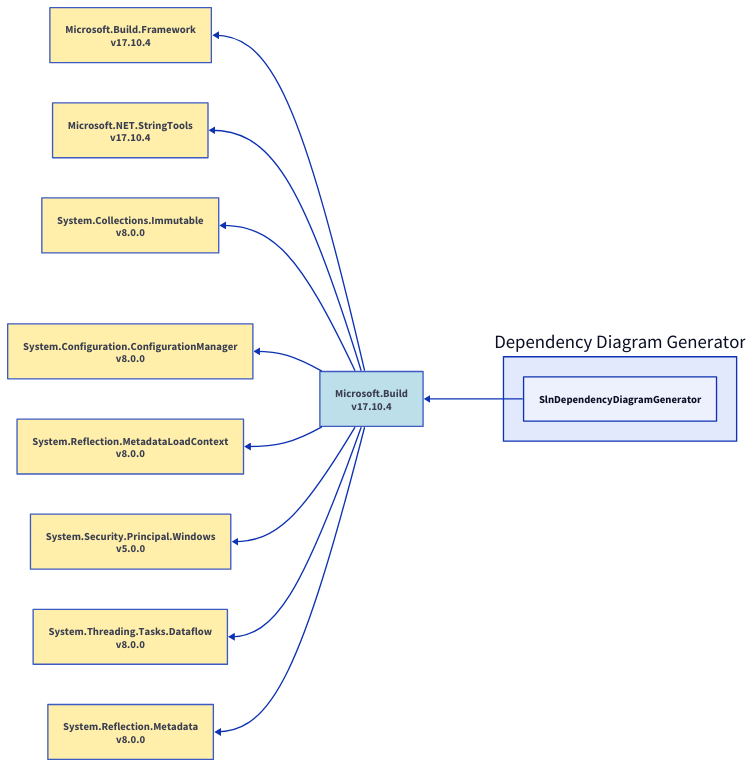
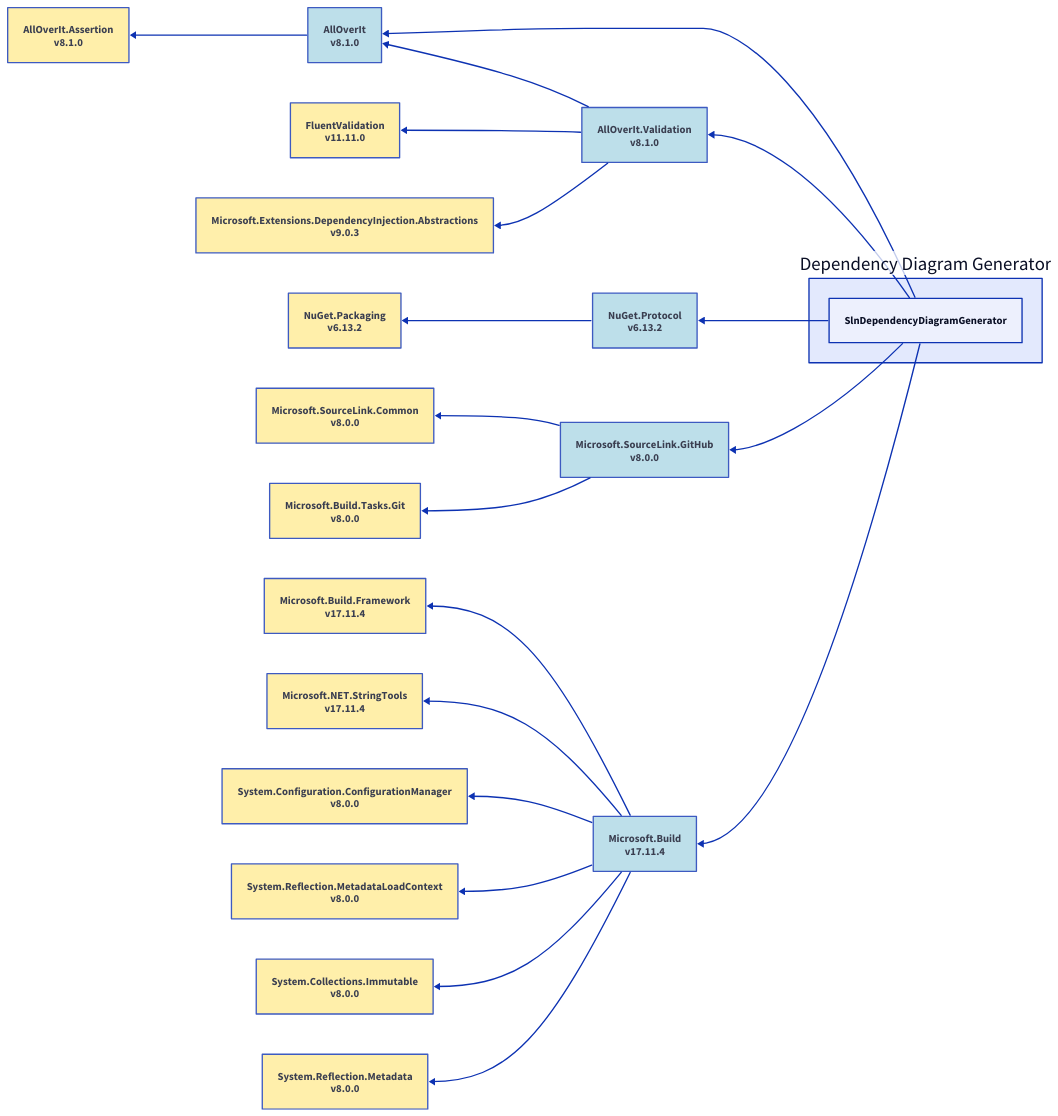
The diagram in Sample/Output/net8.0/slndependencydiagramgenerator.d2 (mjfreelancing/SlnDependencyDiagramGenerator), drawn with D2 before and after one commit. The commit also changed 35 other files, not shown here.

```diff
--- a/Sample/Output/net8.0/slndependencydiagramgenerator.d2
+++ b/Sample/Output/net8.0/slndependencydiagramgenerator.d2
@@ -1,40 +1,73 @@
 direction: left
 
 ddg: Dependency Diagram Generator
 ddg.slndependencydiagramgenerator: SlnDependencyDiagramGenerator
-microsoft-build_17-10-4: Microsoft.Build\nv17.10.4
-microsoft-build_17-10-4.style.fill: "#ADD8E6"
-microsoft-build_17-10-4.style.opacity: 0.8
-microsoft-build-framework_17-10-4: Microsoft.Build.Framework\nv17.10.4
-microsoft-build-framework_17-10-4.style.fill: "#FFEC96"
-microsoft-build-framework_17-10-4.style.opacity: 0.8
-microsoft-build-framework_17-10-4 <- microsoft-build_17-10-4
-microsoft-net-stringtools_17-10-4: Microsoft.NET.StringTools\nv17.10.4
-microsoft-net-stringtools_17-10-4.style.fill: "#FFEC96"
-microsoft-net-stringtools_17-10-4.style.opacity: 0.8
-microsoft-net-stringtools_17-10-4 <- microsoft-build_17-10-4
+alloverit_8-1-0: AllOverIt\nv8.1.0
+alloverit_8-1-0.style.fill: "#ADD8E6"
+alloverit_8-1-0.style.opacity: 0.8
+alloverit-assertion_8-1-0: AllOverIt.Assertion\nv8.1.0
+alloverit-assertion_8-1-0.style.fill: "#FFEC96"
+alloverit-assertion_8-1-0.style.opacity: 0.8
+alloverit-assertion_8-1-0 <- alloverit_8-1-0
+alloverit_8-1-0 <- ddg.slndependencydiagramgenerator
+alloverit-validation_8-1-0: AllOverIt.Validation\nv8.1.0
+alloverit-validation_8-1-0.style.fill: "#ADD8E6"
+alloverit-validation_8-1-0.style.opacity: 0.8
+alloverit_8-1-0 <- alloverit-validation_8-1-0
+fluentvalidation_11-11-0: FluentValidation\nv11.11.0
+fluentvalidation_11-11-0.style.fill: "#FFEC96"
+fluentvalidation_11-11-0.style.opacity: 0.8
+fluentvalidation_11-11-0 <- alloverit-validation_8-1-0
+microsoft-extensions-dependencyinjection-abstractions_9-0-3: Microsoft.Extensions.DependencyInjection.Abstractions\nv9.0.3
+microsoft-extensions-dependencyinjection-abstractions_9-0-3.style.fill: "#FFEC96"
+microsoft-extensions-dependencyinjection-abstractions_9-0-3.style.opacity: 0.8
+microsoft-extensions-dependencyinjection-abstractions_9-0-3 <- alloverit-validation_8-1-0
+alloverit-validation_8-1-0 <- ddg.slndependencydiagramgenerator
+nuget-protocol_6-13-2: NuGet.Protocol\nv6.13.2
+nuget-protocol_6-13-2.style.fill: "#ADD8E6"
+nuget-protocol_6-13-2.style.opacity: 0.8
+nuget-packaging_6-13-2: NuGet.Packaging\nv6.13.2
+nuget-packaging_6-13-2.style.fill: "#FFEC96"
+nuget-packaging_6-13-2.style.opacity: 0.8
+nuget-packaging_6-13-2 <- nuget-protocol_6-13-2
+nuget-protocol_6-13-2 <- ddg.slndependencydiagramgenerator
+microsoft-sourcelink-github_8-0-0: Microsoft.SourceLink.GitHub\nv8.0.0
+microsoft-sourcelink-github_8-0-0.style.fill: "#ADD8E6"
+microsoft-sourcelink-github_8-0-0.style.opacity: 0.8
+microsoft-sourcelink-common_8-0-0: Microsoft.SourceLink.Common\nv8.0.0
+microsoft-sourcelink-common_8-0-0.style.fill: "#FFEC96"
+microsoft-sourcelink-common_8-0-0.style.opacity: 0.8
+microsoft-sourcelink-common_8-0-0 <- microsoft-sourcelink-github_8-0-0
+microsoft-build-tasks-git_8-0-0: Microsoft.Build.Tasks.Git\nv8.0.0
+microsoft-build-tasks-git_8-0-0.style.fill: "#FFEC96"
+microsoft-build-tasks-git_8-0-0.style.opacity: 0.8
+microsoft-build-tasks-git_8-0-0 <- microsoft-sourcelink-github_8-0-0
+microsoft-sourcelink-github_8-0-0 <- ddg.slndependencydiagramgenerator
+microsoft-build_17-11-4: Microsoft.Build\nv17.11.4
+microsoft-build_17-11-4.style.fill: "#ADD8E6"
+microsoft-build_17-11-4.style.opacity: 0.8
+microsoft-build-framework_17-11-4: Microsoft.Build.Framework\nv17.11.4
+microsoft-build-framework_17-11-4.style.fill: "#FFEC96"
+microsoft-build-framework_17-11-4.style.opacity: 0.8
+microsoft-build-framework_17-11-4 <- microsoft-build_17-11-4
+microsoft-net-stringtools_17-11-4: Microsoft.NET.StringTools\nv17.11.4
+microsoft-net-stringtools_17-11-4.style.fill: "#FFEC96"
+microsoft-net-stringtools_17-11-4.style.opacity: 0.8
+microsoft-net-stringtools_17-11-4 <- microsoft-build_17-11-4
+system-configuration-configurationmanager_8-0-0: System.Configuration.ConfigurationManager\nv8.0.0
+system-configuration-configurationmanager_8-0-0.style.fill: "#FFEC96"
+system-configuration-configurationmanager_8-0-0.style.opacity: 0.8
+system-configuration-configurationmanager_8-0-0 <- microsoft-build_17-11-4
+system-reflection-metadataloadcontext_8-0-0: System.Reflection.MetadataLoadContext\nv8.0.0
+system-reflection-metadataloadcontext_8-0-0.style.fill: "#FFEC96"
+system-reflection-metadataloadcontext_8-0-0.style.opacity: 0.8
+system-reflection-metadataloadcontext_8-0-0 <- microsoft-build_17-11-4
 system-collections-immutable_8-0-0: System.Collections.Immutable\nv8.0.0
 system-collections-immutable_8-0-0.style.fill: "#FFEC96"
 system-collections-immutable_8-0-0.style.opacity: 0.8
-system-collections-immutable_8-0-0 <- microsoft-build_17-10-4
-system-configuration-configurationmanager_8-0-0: System.Configuration.ConfigurationManager\nv8.0.0
-system-configuration-configurationmanager_8-0-0.style.fill: "#FFEC96"
-system-configuration-configurationmanager_8-0-0.style.opacity: 0.8
-system-configuration-configurationmanager_8-0-0 <- microsoft-build_17-10-4
-system-reflection-metadataloadcontext_8-0-0: System.Reflection.MetadataLoadContext\nv8.0.0
-system-reflection-metadataloadcontext_8-0-0.style.fill: "#FFEC96"
-system-reflection-metadataloadcontext_8-0-0.style.opacity: 0.8
-system-reflection-metadataloadcontext_8-0-0 <- microsoft-build_17-10-4
-system-security-principal-windows_5-0-0: System.Security.Principal.Windows\nv5.0.0
-system-security-principal-windows_5-0-0.style.fill: "#FFEC96"
-system-security-principal-windows_5-0-0.style.opacity: 0.8
-system-security-principal-windows_5-0-0 <- microsoft-build_17-10-4
-system-threading-tasks-dataflow_8-0-0: System.Threading.Tasks.Dataflow\nv8.0.0
-system-threading-tasks-dataflow_8-0-0.style.fill: "#FFEC96"
-system-threading-tasks-dataflow_8-0-0.style.opacity: 0.8
-system-threading-tasks-dataflow_8-0-0 <- microsoft-build_17-10-4
+system-collections-immutable_8-0-0 <- microsoft-build_17-11-4
 system-reflection-metadata_8-0-0: System.Reflection.Metadata\nv8.0.0
 system-reflection-metadata_8-0-0.style.fill: "#FFEC96"
 system-reflection-metadata_8-0-0.style.opacity: 0.8
-system-reflection-metadata_8-0-0 <- microsoft-build_17-10-4
-microsoft-build_17-10-4 <- ddg.slndependencydiagramgenerator
+system-reflection-metadata_8-0-0 <- microsoft-build_17-11-4
+microsoft-build_17-11-4 <- ddg.slndependencydiagramgenerator
```
